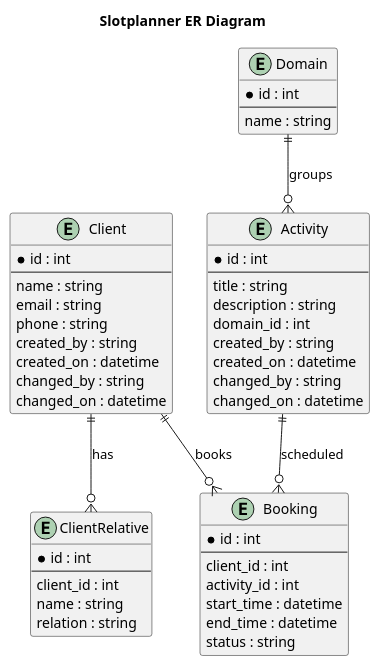
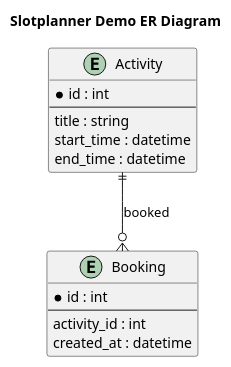
Before and after one commit to ltcdr/slotplanner-demo: the diagram in docs/data-model/er-diagram.puml, drawn with PlantUML. The commit also changed other lines of this file and 1 other file, not shown here.

Commit message:
Developing R 000.003: Update README.md with a chapter ## Demo explaining what the demo actually provides or is planned to provide, e.g. weekly auto-generation of activities is not implemented yet; Move chapter ## Purpose to the beginning of the document; Update ER-Diagram puml file with actual demo models;

```diff
--- a/docs/data-model/er-diagram.puml
+++ b/docs/data-model/er-diagram.puml
@@ -2,57 +1,21 @@
 @startuml
-title Slotplanner ER Diagram
-
-entity Client {
-    * id : int
-    --
-    name : string
-    email : string
-    phone : string
-    created_by : string
-    created_on : datetime
-    changed_by : string
-    changed_on : datetime
-}
-
-entity ClientRelative {
-    * id : int
-    --
-    client_id : int
-    name : string
-    relation : string
-}
+title Slotplanner Demo ER Diagram
 
 entity Activity {
     * id : int
     --
     title : string
-    description : string
-    domain_id : int
-    created_by : string
-    created_on : datetime
-    changed_by : string
-    changed_on : datetime
+    start_time : datetime
+    end_time : datetime
 }
 
 entity Booking {
     * id : int
     --
-    client_id : int
     activity_id : int
-    start_time : datetime
-    end_time : datetime
-    status : string
+    created_at : datetime
 }
 
-entity Domain {
-    * id : int
-    --
-    name : string
-}
-
-Client ||--o{ ClientRelative : has
-Client ||--o{ Booking : books
-Activity ||--o{ Booking : scheduled
-Domain ||--o{ Activity : groups
+Activity ||--o{ Booking : booked
 
 @enduml
```
